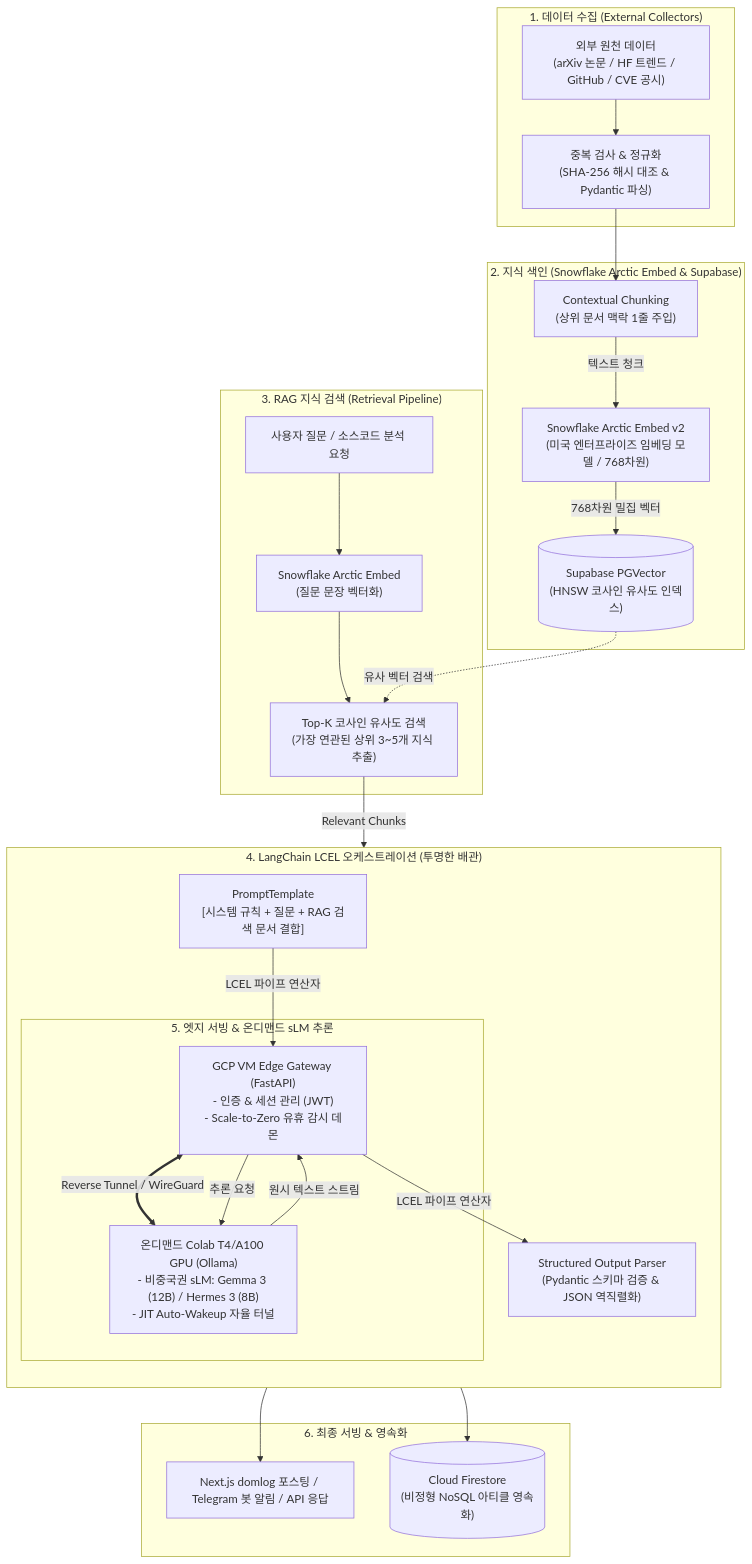
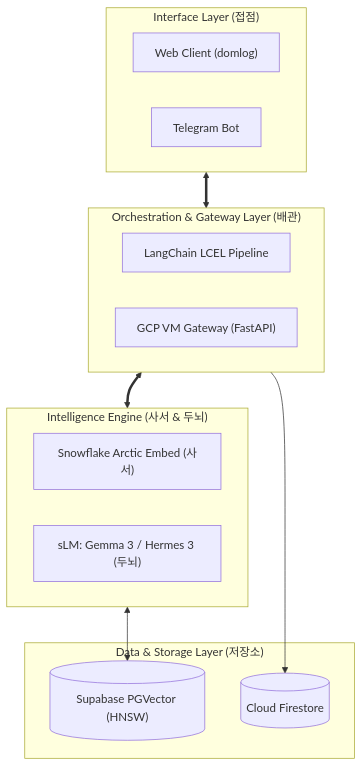
One commit to initbtn/blog changed the diagram in content/posts/assist-edge-architecture-snowflake-slm-langchain.md. Above: the diagram before and after it, drawn with Mermaid.

Commit message:
refactor(article): Series 1 아키텍처 다이어그램을 UML 4-Tier 레이어드 스택으로 전면 개편
- 노드 내 거대 텍스트 및 중첩 서브그래프 전면 제거
- Interface / Orchestration / Intelligence / Storage 4단계 컴포넌트 스택으로 가독성 최적화

````diff
--- a/content/posts/assist-edge-architecture-snowflake-slm-langchain.md
+++ b/content/posts/assist-edge-architecture-snowflake-slm-langchain.md
@@ -47,57 +47,32 @@
 ```mermaid
 flowchart TD
-    %% 1. 데이터 수집 단계
-    subgraph S1 ["1. 데이터 수집 (External Collectors)"]
-        RawSources["외부 원천 데이터\n(arXiv 논문 / HF 트렌드 / GitHub / CVE 공시)"]
-        Dedup["중복 검사 & 정규화\n(SHA-256 해시 대조 & Pydantic 파싱)"]
-        RawSources --> Dedup
+    %% 1. 인터페이스 계층
+    subgraph Tier1 ["Interface Layer (접점)"]
+        Web["Web Client (domlog)"]
+        Telegram["Telegram Bot"]
     end
 
-    %% 2. 엣지 벡터 인덱싱
-    subgraph S2 ["2. 지식 색인 (Snowflake Arctic Embed & Supabase)"]
-        Chunker["Contextual Chunking\n(상위 문서 맥락 1줄 주입)"]
-        Arctic["Snowflake Arctic Embed v2\n(미국 엔터프라이즈 임베딩 모델 / 768차원)"]
-        PGVector[("Supabase PGVector\n(HNSW 코사인 유사도 인덱스)")]
-        
-        Dedup --> Chunker
-        Chunker -->|텍스트 청크| Arctic
-        Arctic -->|768차원 밀집 벡터| PGVector
+    %% 2. 오케스트레이션 & 게이트웨이 계층
+    subgraph Tier2 ["Orchestration & Gateway Layer (배관)"]
+        LCEL["LangChain LCEL Pipeline"]
+        Gateway["GCP VM Gateway (FastAPI)"]
     end
 
-    %% 3. 질문 인입 및 RAG 검색
-    subgraph S3 ["3. RAG 지식 검색 (Retrieval Pipeline)"]
-        UserQuery["사용자 질문 / 소스코드 분석 요청"]
-        QueryEmbed["Snowflake Arctic Embed\n(질문 문장 벡터화)"]
-        VectorSearch["Top-K 코사인 유사도 검색\n(가장 연관된 상위 3~5개 지식 추출)"]
-        
-        UserQuery --> QueryEmbed
-        QueryEmbed --> VectorSearch
-        PGVector -.->|유사 벡터 검색| VectorSearch
+    %% 3. 지능 엔진 계층
+    subgraph Tier3 ["Intelligence Engine (사서 & 두뇌)"]
+        Snowflake["Snowflake Arctic Embed (사서)"]
+        SLM["sLM: Gemma 3 / Hermes 3 (두뇌)"]
     end
 
-    %% 4. LangChain LCEL 조립 (블랙박스 제어 배관)
-    subgraph S4 ["4. LangChain LCEL 오케스트레이션 (투명한 배관)"]
-        direction TB
-        PromptBuilder["PromptTemplate\n[시스템 규칙 + 질문 + RAG 검색 문서 결합]"]
-        
-        subgraph EdgeInfra ["5. 엣지 서빙 & 온디맨드 sLM 추론"]
-            GCPGateway["GCP VM Edge Gateway (FastAPI)\n- 인증 & 세션 관리 (JWT)\n- Scale-to-Zero 유휴 감시 데몬"]
-            ColabGPU["온디맨드 Colab T4/A100 GPU (Ollama)\n- 비중국권 sLM: Gemma 3 (12B) / Hermes 3 (8B)\n- JIT Auto-Wakeup 자율 터널"]
-            GCPGateway <==>|Reverse Tunnel / WireGuard| ColabGPU
-        end
-        
-        StructuredParser["Structured Output Parser\n(Pydantic 스키마 검증 & JSON 역직렬화)"]
-        
-        VectorSearch -->|Relevant Chunks| PromptBuilder
-        PromptBuilder -->|LCEL 파이프 연산자| GCPGateway
-        GCPGateway -->|추론 요청| ColabGPU
-        ColabGPU -->|원시 텍스트 스트림| GCPGateway
-        GCPGateway -->|LCEL 파이프 연산자| StructuredParser
+    %% 4. 데이터 저장소 계층
+    subgraph Tier4 ["Data & Storage Layer (저장소)"]
+        PGVector[("Supabase PGVector (HNSW)")]
+        Firestore[("Cloud Firestore")]
     end
 
-    %% 6. 최종 서빙
-    subgraph S6 ["6. 최종 서빙 & 영속화"]
-        StructuredParser --> Client["Next.js domlog 포스팅 / Telegram 봇 알림 / API 응답"]
-        StructuredParser --> Firestore[("Cloud Firestore\n(비정형 NoSQL 아티클 영속화)")]
-    end
+    %% 계층 간 단일 상하 결합 흐름
+    Tier1 <==> Tier2
+    Tier2 <==> Tier3
+    Tier3 <--> PGVector
+    Tier2 --> Firestore
 ```
````
